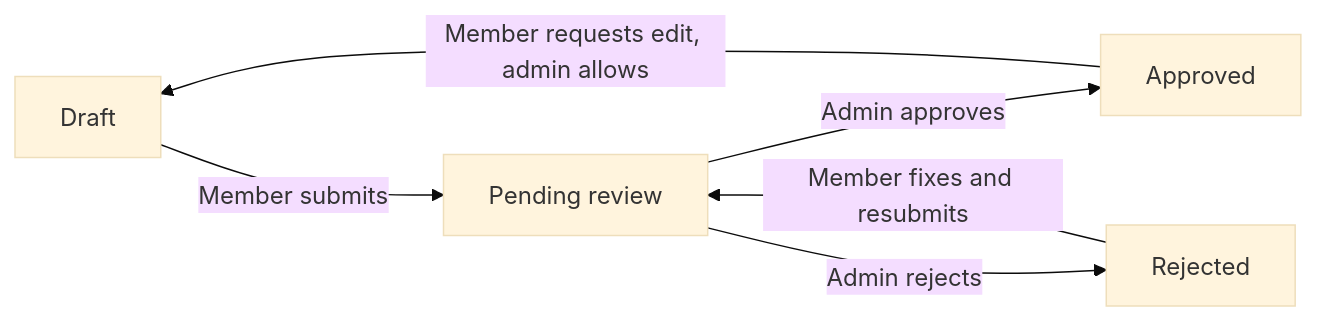
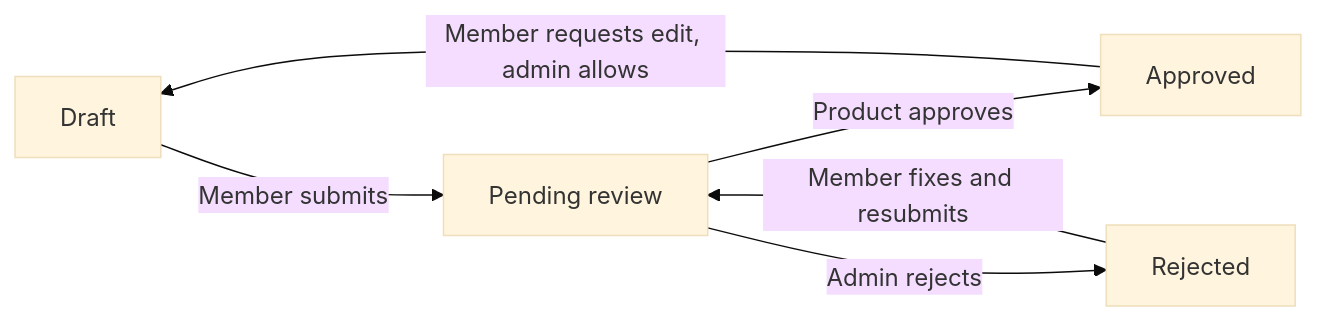
One commit to SCITAIGROUP1/ChronoMint changed the diagram in docs/user-guides/timesheet-submissions-and-approval.md. Above: the diagram before and after it, drawn with Mermaid (base theme). The commit also changed other lines of this file and 959 other files, not shown here.

````diff
--- a/docs/user-guides/timesheet-submissions-and-approval.md
+++ b/docs/user-guides/timesheet-submissions-and-approval.md
@@ -56,8 +56,8 @@
 ```mermaid
 flowchart LR
   A[Draft] -->|Member submits| B[Pending review]
-  B -->|Admin approves| C[Approved]
+  B -->|Product approves| C[Approved]
   B -->|Admin rejects| D[Rejected]
   D -->|Member fixes and resubmits| B
   C -->|Member requests edit, admin allows| A
 ```
````
